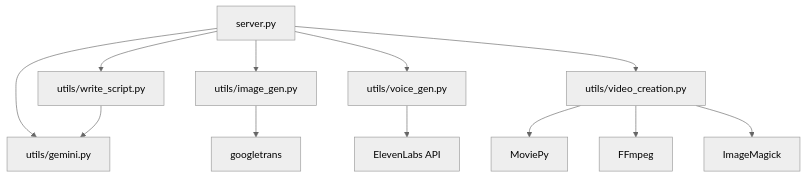
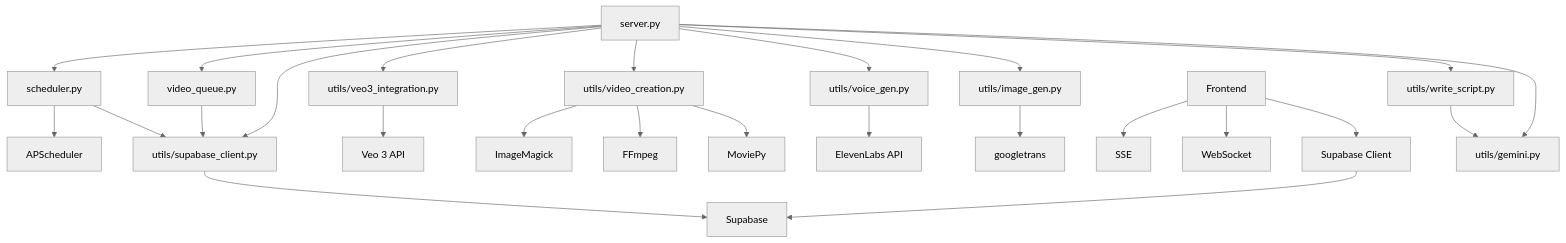
One commit to molashin12/Vidzyme changed the diagram in docs/DEVELOPMENT_GUIDE.md. Above: the diagram before and after it, drawn with Mermaid (neutral theme). The commit also changed other lines of this file and 34 other files, not shown here.

````diff
--- a/docs/DEVELOPMENT_GUIDE.md
+++ b/docs/DEVELOPMENT_GUIDE.md
@@ -56,15 +86,29 @@
 ```mermaid
 graph TD
     A[server.py] --> B[utils/gemini.py]
     A --> C[utils/write_script.py]
     A --> D[utils/image_gen.py]
     A --> E[utils/voice_gen.py]
     A --> F[utils/video_creation.py]
+    A --> G[utils/veo3_integration.py]
+    A --> H[utils/supabase_client.py]
+    A --> I[video_queue.py]
+    A --> J[scheduler.py]
     
     C --> B
-    D --> G[googletrans]
-    E --> H[ElevenLabs API]
-    F --> I[MoviePy]
-    F --> J[FFmpeg]
-    F --> K[ImageMagick]
+    D --> K[googletrans]
+    E --> L[ElevenLabs API]
+    F --> M[MoviePy]
+    F --> N[FFmpeg]
+    F --> O[ImageMagick]
+    G --> P[Veo 3 API]
+    H --> Q[Supabase]
+    I --> H
+    J --> H
+    J --> R[APScheduler]
+    
+    S[Frontend] --> T[Supabase Client]
+    S --> U[WebSocket]
+    S --> V[SSE]
+    T --> Q
 ```
````
